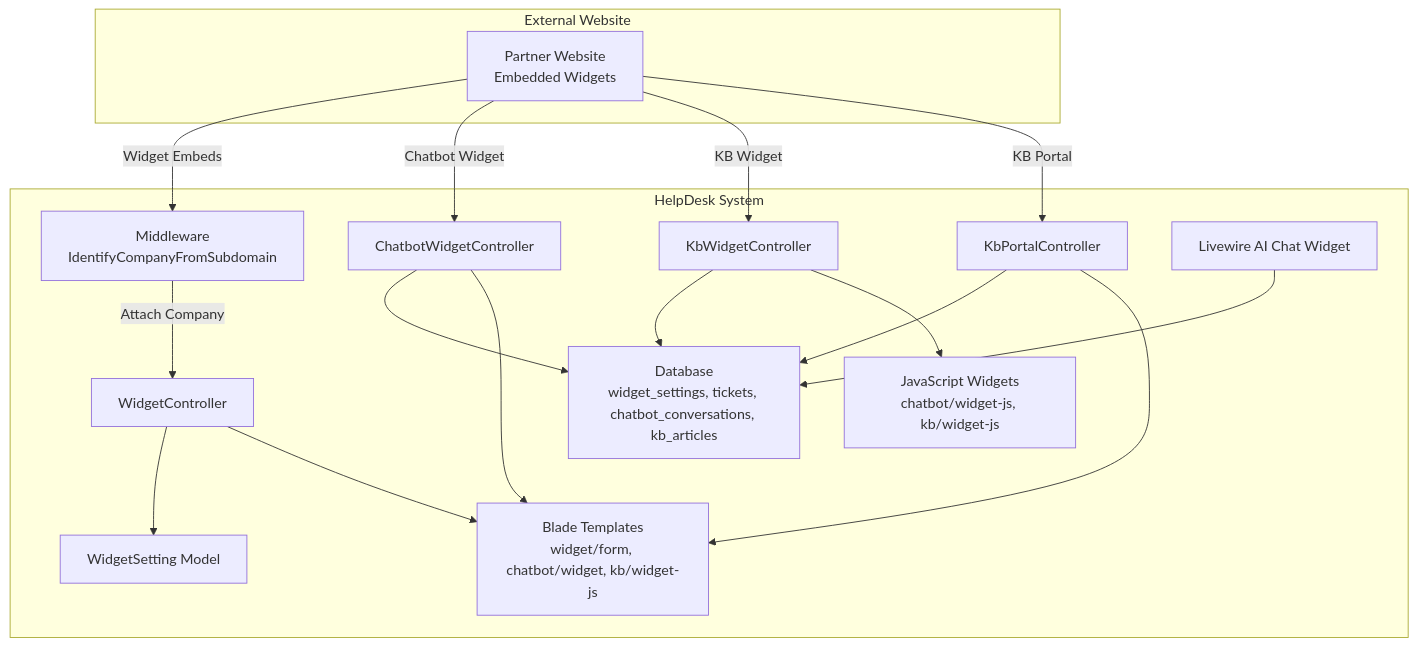
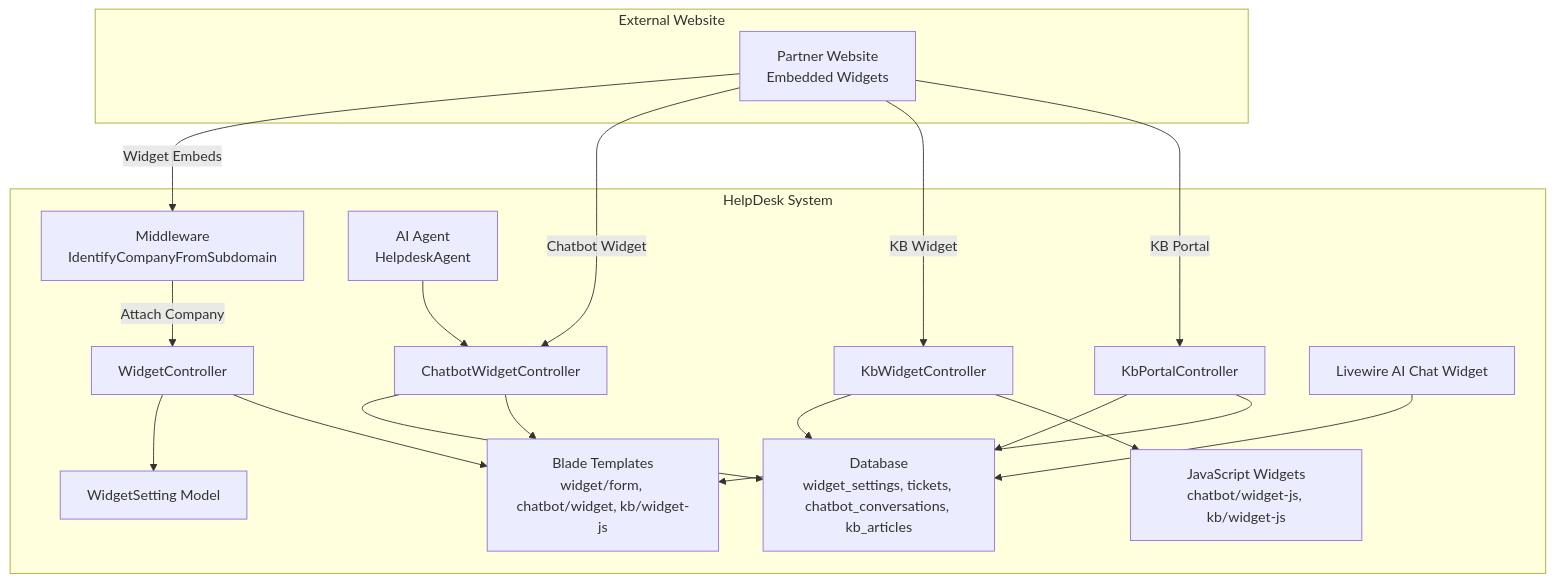
The first of 9 diagrams in .qoder/repowiki/en/content/Widget System/Widget System.md (younesgamer68/helpdesk-system), drawn with Mermaid before and after one commit. The commit also changed other lines of this file and 12 other files, not shown here.

````diff
--- a/.qoder/repowiki/en/content/Widget System/Widget System.md
+++ b/.qoder/repowiki/en/content/Widget System/Widget System.md
@@ -60,31 +62,33 @@
 ```mermaid
 graph TB
 subgraph "External Website"
 Site["Partner Website<br/>Embedded Widgets"]
 end
 subgraph "HelpDesk System"
 MW["Middleware<br/>IdentifyCompanyFromSubdomain"]
 WC["WidgetController"]
 CBC["ChatbotWidgetController"]
 KBC["KbWidgetController"]
 KC["KbPortalController"]
 WS["WidgetSetting Model"]
 DB["Database<br/>widget_settings, tickets, chatbot_conversations, kb_articles"]
 LV["Livewire AI Chat Widget"]
 Views["Blade Templates<br/>widget/form, chatbot/widget, kb/widget-js"]
 JS["JavaScript Widgets<br/>chatbot/widget-js, kb/widget-js"]
+AI["AI Agent<br/>HelpdeskAgent"]
 end
 Site --> |"Widget Embeds"| MW --> |"Attach Company"| WC
 Site --> |"Chatbot Widget"| CBC
 Site --> |"KB Widget"| KBC
 Site --> |"KB Portal"| KC
 WC --> WS
 CBC --> DB
 KBC --> DB
 KC --> DB
 WC --> Views
 CBC --> Views
 KBC --> JS
 KC --> Views
 LV --> DB
+AI --> CBC
 ```
````
